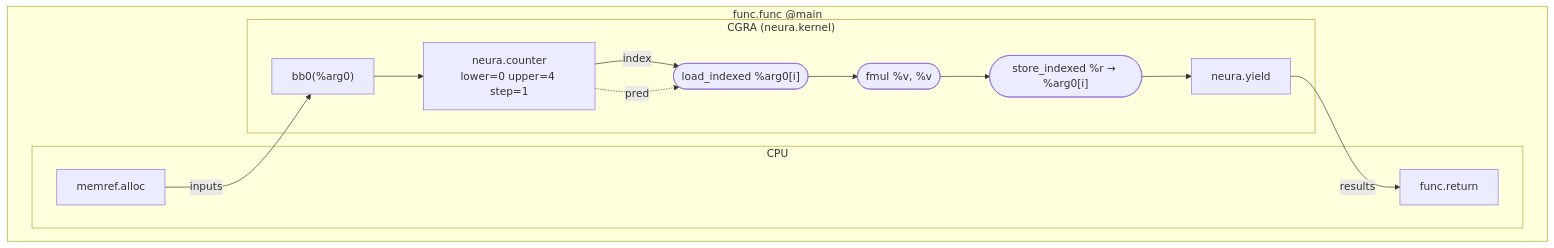
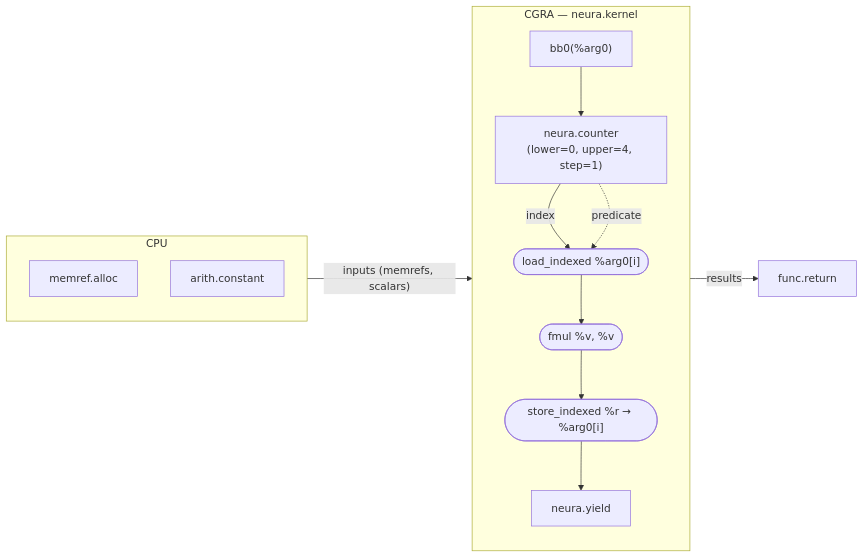
One commit to coredac/neura changed diagram 13 of 20 in tools/neura-py-frontend/README.md. Above: the diagram before and after it, drawn with Mermaid. The commit also changed other lines of this file, not shown here.

Commit message:
Python frontend implementation

````diff
--- a/tools/neura-py-frontend/README.md
+++ b/tools/neura-py-frontend/README.md
@@ -484,24 +484,25 @@
 ```mermaid
-flowchart TD
-    subgraph Func["func.func @main"]
-        subgraph CPU["CPU"]
-            Alloc["memref.alloc"]
-            Return["func.return"]
-        end
-        subgraph CGRA["CGRA (neura.kernel)"]
-            Block["bb0(%arg0)"]
-            Ctr["neura.counter\nlower=0 upper=4 step=1"]
-            Load(["load_indexed %arg0[i]"])
-            Fmul(["fmul %v, %v"])
-            Store(["store_indexed %r → %arg0[i]"])
-            Yield["neura.yield"]
-        end
+flowchart LR
+    subgraph CPU["CPU"]
+        Alloc["memref.alloc"]
+        Const["arith.constant"]
+    end
 
-        Alloc -->|"inputs"| Block
-        Block --> Ctr
+    CPU -->|"inputs (memrefs, scalars)"| CGRA
+
+    subgraph CGRA["CGRA — neura.kernel"]
+        BB["bb0(%arg0)"]
+        Ctr["neura.counter\n(lower=0, upper=4, step=1)"]
+        Load(["load_indexed %arg0[i]"])
+        Fmul(["fmul %v, %v"])
+        Store(["store_indexed %r → %arg0[i]"])
+        Yield["neura.yield"]
+
+        BB --> Ctr
         Ctr -->|"index"| Load
-        Ctr -.->|"pred"| Load
+        Ctr -.->|"predicate"| Load
         Load --> Fmul --> Store --> Yield
-        Yield -->|"results"| Return
     end
+
+    CGRA -->|"results"| Return["func.return"]
 ```
````
